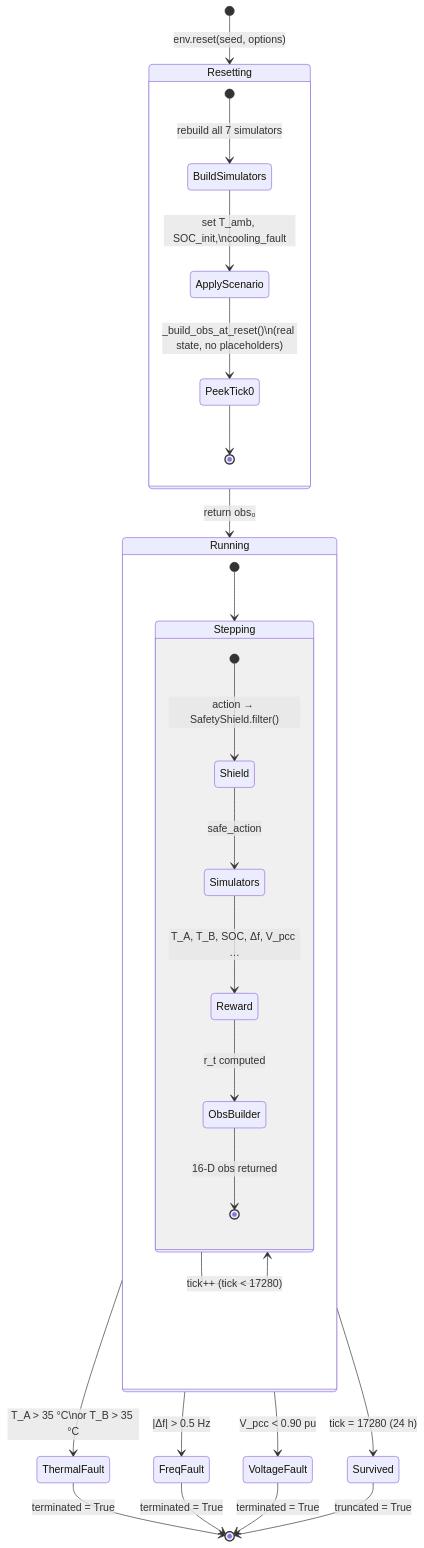
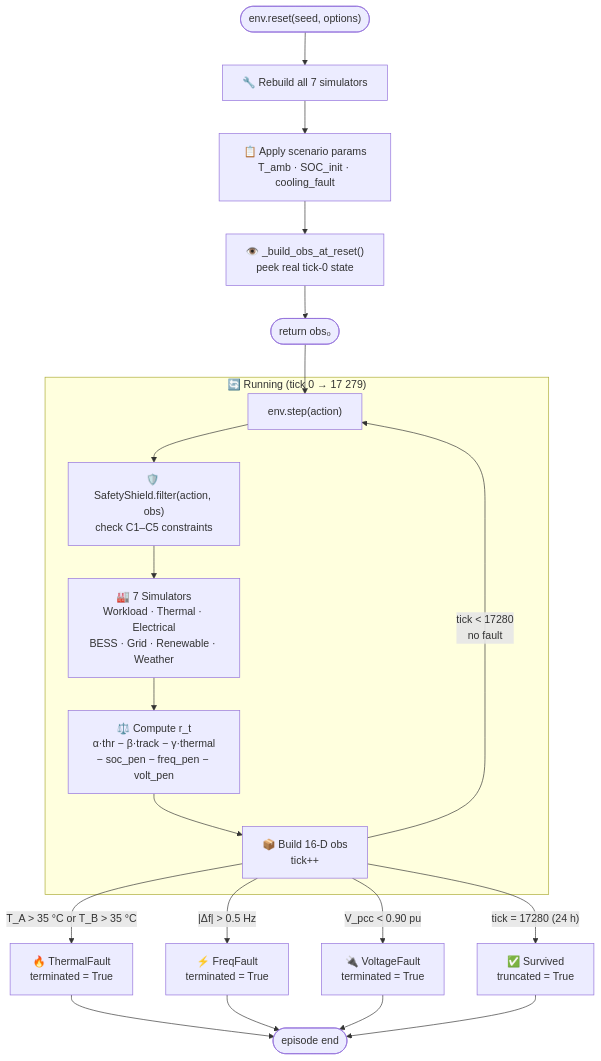
One commit to HewlettPackard/c2g-bench changed the ninth of 9 diagrams in README.md. Above: the diagram before and after it, drawn with Mermaid.

Commit message:
fix: replace stateDiagram-v2 with flowchart in Diagram 8 (GitHub nested state bug)

````diff
--- a/README.md
+++ b/README.md
@@ -455,35 +455,42 @@
 ```mermaid
-stateDiagram-v2
-    [*] --> Resetting : env.reset(seed, options)
+flowchart TD
+    START(["env.reset(seed, options)"])
 
-    state Resetting {
-        [*] --> BuildSimulators : rebuild all 7 simulators
-        BuildSimulators --> ApplyScenario : set T_amb, SOC_init,\ncooling_fault
-        ApplyScenario --> PeekTick0 : _build_obs_at_reset()\n(real state, no placeholders)
-        PeekTick0 --> [*]
-    }
+    START --> R1["🔧 Rebuild all 7 simulators"]
+    R1 --> R2["📋 Apply scenario params
+T_amb · SOC_init · cooling_fault"]
+    R2 --> R3["👁️ _build_obs_at_reset()
+peek real tick-0 state"]
+    R3 --> OBS0(["return obs₀"])
 
-    Resetting --> Running : return obs₀
+    OBS0 --> STEP
 
-    state Running {
-        [*] --> Stepping
-        state Stepping {
-            [*] --> Shield : action → SafetyShield.filter()
-            Shield --> Simulators : safe_action
-            Simulators --> Reward : T_A, T_B, SOC, Δf, V_pcc …
-            Reward --> ObsBuilder : r_t computed
-            ObsBuilder --> [*] : 16-D obs returned
-        }
-        Stepping --> Stepping : tick++  (tick < 17280)
-    }
+    subgraph LOOP["🔄 Running  (tick 0 → 17 279)"]
+        STEP["env.step(action)"]
+        SHIELD["🛡️ SafetyShield.filter(action, obs)
+check C1–C5 constraints"]
+        SIMS["🏭 7 Simulators
+Workload · Thermal · Electrical
+BESS · Grid · Renewable · Weather"]
+        REW["⚖️ Compute r_t
+α·thr − β·track − γ·thermal
+− soc_pen − freq_pen − volt_pen"]
+        OB["📦 Build 16-D obs
+tick++"]
 
-    Running --> ThermalFault : T_A > 35 °C\nor T_B > 35 °C
-    Running --> FreqFault : |Δf| > 0.5 Hz
-    Running --> VoltageFault : V_pcc < 0.90 pu
-    Running --> Survived : tick = 17280 (24 h)
+        STEP --> SHIELD --> SIMS --> REW --> OB
+        OB -->|"tick < 17280
+no fault"| STEP
+    end
 
-    ThermalFault --> [*] : terminated = True
-    FreqFault --> [*] : terminated = True
-    VoltageFault --> [*] : terminated = True
-    Survived --> [*] : truncated = True
+    OB -->|"T_A > 35 °C or T_B > 35 °C"| TF["🔥 ThermalFault
+terminated = True"]
+    OB -->|"|Δf| > 0.5 Hz"| FF["⚡ FreqFault
+terminated = True"]
+    OB -->|"V_pcc < 0.90 pu"| VF["🔌 VoltageFault
+terminated = True"]
+    OB -->|"tick = 17280 (24 h)"| SV["✅ Survived
+truncated = True"]
+
+    TF & FF & VF & SV --> DONE(["episode end"])
 ```
````
